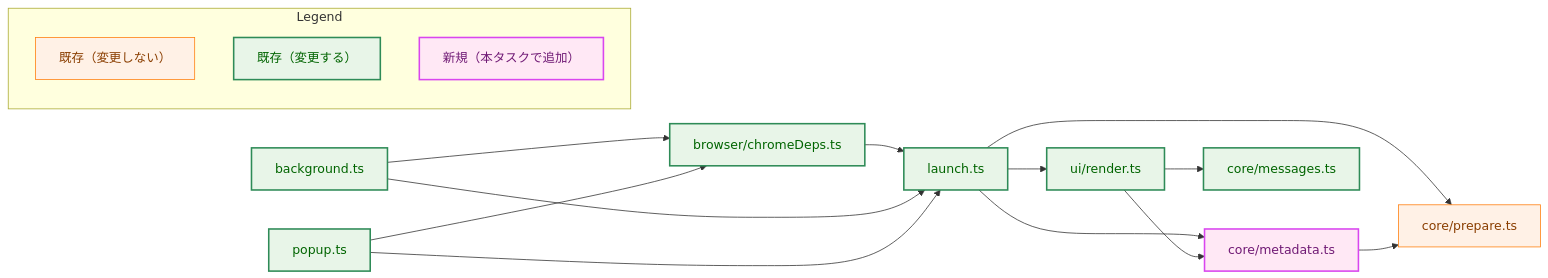
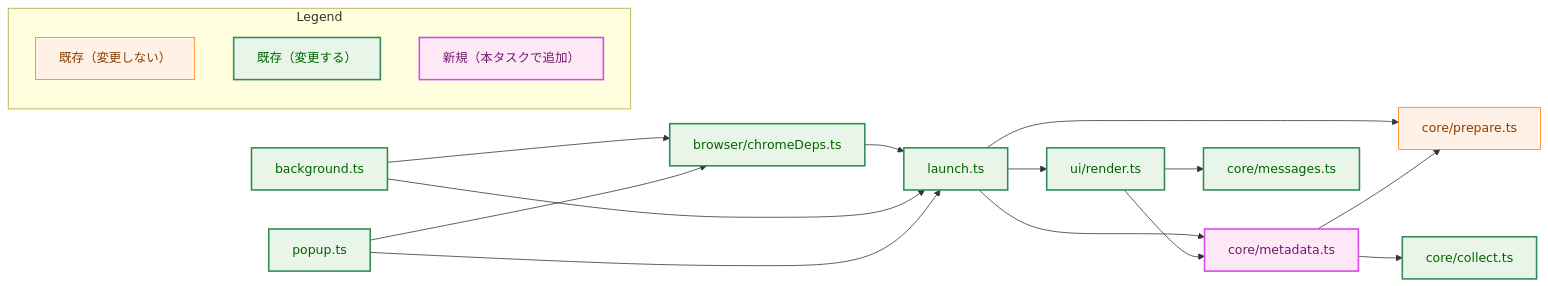
The second of 6 diagrams in docs/tasks/0025_extension_video_metadata/02_architecture.md (isseis/yt2column), drawn with Mermaid before and after one commit. The commit also changed other lines of this file and 1 other file, not shown here.

Commit message:
docs(0025): reflect the metadata dependency and glossary scope
Address two review comments on the architecture:
- §2.2: add the core/collect.ts node and the METADATA -> COLLECT edge, so the diagram shows that core/metadata.ts imports whitespaceOnly from core/collect.ts.
- §2.1 and §3.11: list docs/translation_glossary.md among the files this task changes, matching the plan (step 5-4). Extend the Comments note accordingly.

Both are editorial corrections to the approved architecture; no design decision changed. The plan's §1.3 editorial-correction bullet is updated to match.

````diff
--- a/docs/tasks/0025_extension_video_metadata/02_architecture.md
+++ b/docs/tasks/0025_extension_video_metadata/02_architecture.md
@@ -155,41 +156,43 @@
 ```mermaid
 flowchart LR
     classDef data fill:#e6f7ff,stroke:#1f77b4,stroke-width:1px,color:#0b3d91;
     classDef process fill:#fff1e6,stroke:#ff7f0e,stroke-width:1px,color:#8a3e00;
     classDef enhanced fill:#e8f5e8,stroke:#2e8b57,stroke-width:2px,color:#006400;
     classDef newpkg fill:#ffe8f5,stroke:#d946ef,stroke-width:2px,color:#701a75;
 
     LAUNCH["launch.ts"]
     METADATA["core/metadata.ts"]
     MESSAGES["core/messages.ts"]
     RENDER["ui/render.ts"]
     CHROMEDEPS["browser/chromeDeps.ts"]
     PREPARE["core/prepare.ts"]
+    COLLECT["core/collect.ts"]
     BACKGROUND["background.ts"]
     POPUP["popup.ts"]
 
     LAUNCH --> METADATA
     LAUNCH --> PREPARE
     LAUNCH --> RENDER
     METADATA --> PREPARE
+    METADATA --> COLLECT
     RENDER --> METADATA
     RENDER --> MESSAGES
     CHROMEDEPS --> LAUNCH
     BACKGROUND --> LAUNCH
     BACKGROUND --> CHROMEDEPS
     POPUP --> LAUNCH
     POPUP --> CHROMEDEPS
 
     class METADATA newpkg
     class PREPARE process
-    class LAUNCH,RENDER,MESSAGES,CHROMEDEPS,BACKGROUND,POPUP enhanced
+    class LAUNCH,RENDER,MESSAGES,CHROMEDEPS,COLLECT,BACKGROUND,POPUP enhanced
 
     subgraph Legend["Legend"]
         L1["既存（変更しない）"]
         L2["既存（変更する）"]
         L3["新規（本タスクで追加）"]
     end
     class L1 process
     class L2 enhanced
     class L3 newpkg
 ```
````
